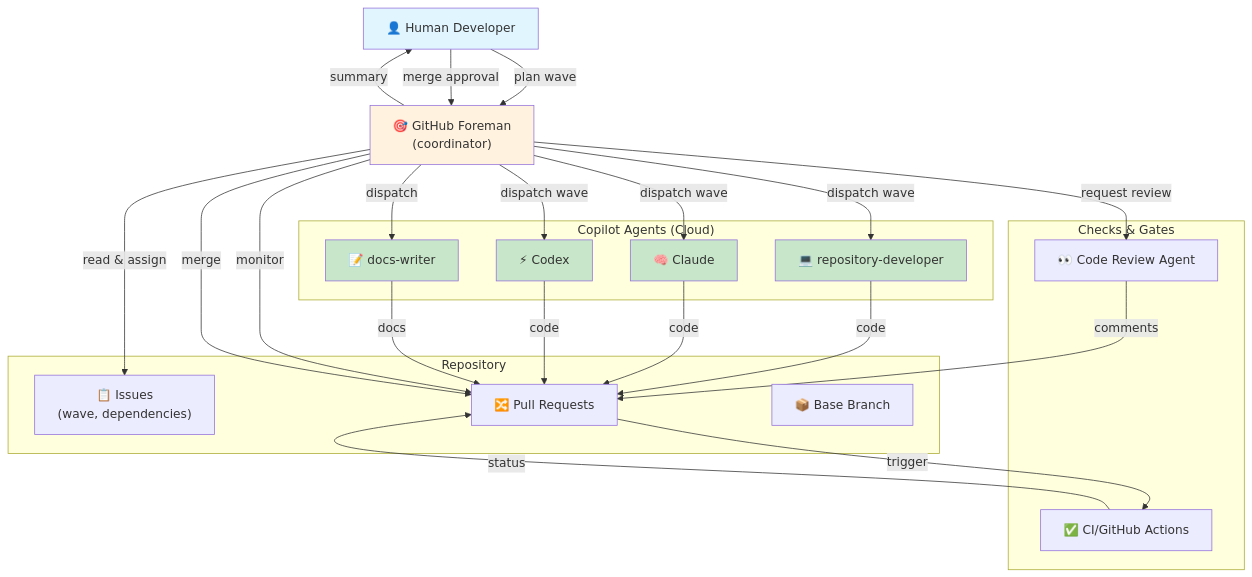
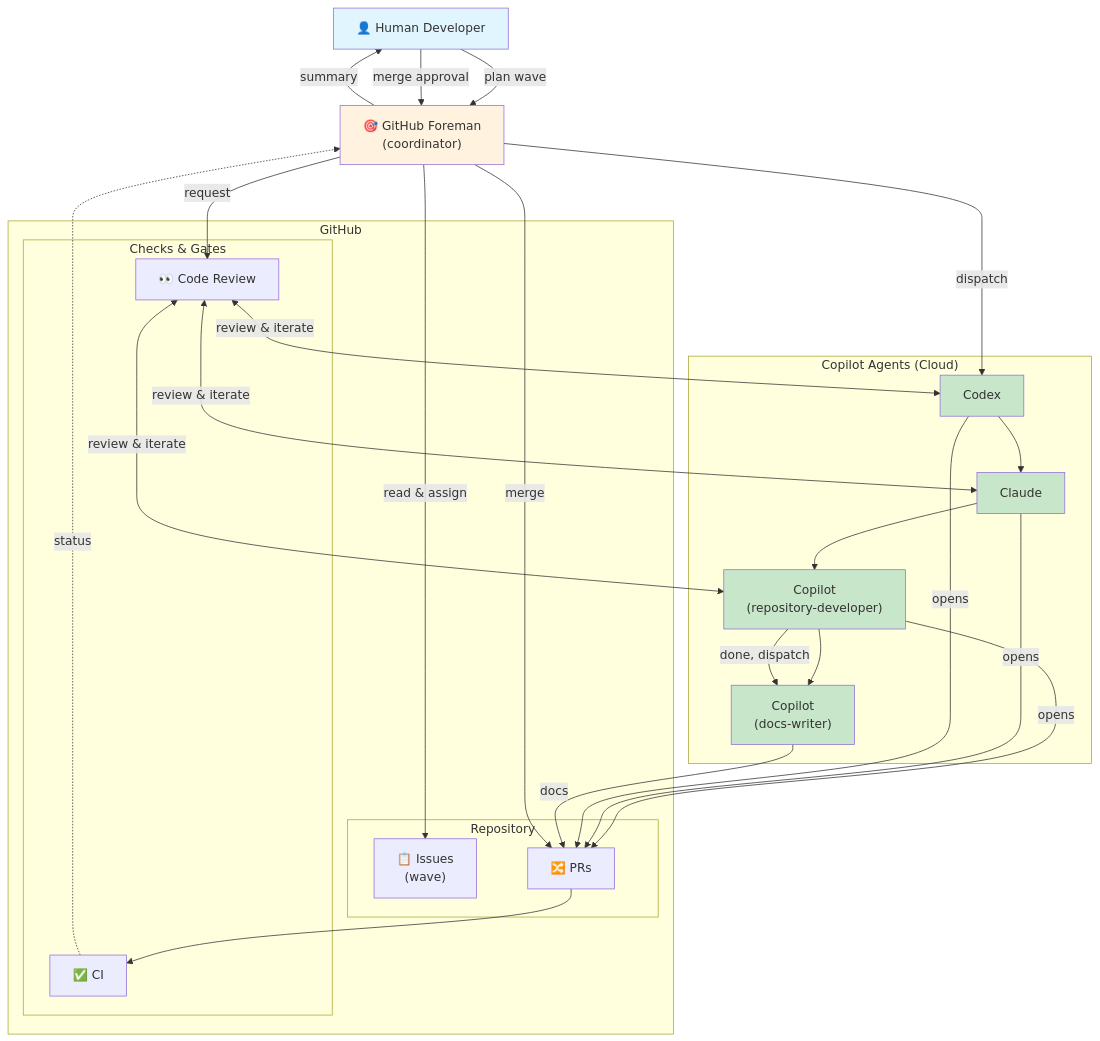
Before and after one commit to ewega/github-foreman: the first of 2 diagrams in README.md, drawn with Mermaid.

Commit message:
Refactor interaction model for clarity
- Single GitHub bubble containing Repository and Checks & Gates
- Cloud agent pipeline: Codex → Claude → Copilot (repository-developer) → Copilot (docs-writer)
- Remove emojis from agent names (keep only for nodes outside agent pool)
- Show bidirectional review/iterate flow between Code Review Agent and all working agents
- Cleaner vertical flow: dispatch → code → review → docs → merge
- Simpler labeling ('opens' vs 'code', 'review & iterate' vs 'comments')

````diff
--- a/README.md
+++ b/README.md
@@ -70,54 +70,54 @@
 ```mermaid
 graph TB
     H["👤 Human Developer"]
     F["🎯 GitHub Foreman<br/>(coordinator)"]
     
-    subgraph repo["Repository"]
-        Issues["📋 Issues<br/>(wave, dependencies)"]
-        PRs["🔀 Pull Requests"]
-        Base["📦 Base Branch"]
+    subgraph agents["Copilot Agents (Cloud)"]
+        Codex["Codex"]
+        Claude["Claude"]
+        RD["Copilot<br/>(repository-developer)"]
+        DW["Copilot<br/>(docs-writer)"]
+        Codex --> Claude --> RD --> DW
     end
     
-    subgraph agents["Copilot Agents (Cloud)"]
-        RD["💻 repository-developer"]
-        Claude["🧠 Claude"]
-        Codex["⚡ Codex"]
-        DW["📝 docs-writer"]
-    end
-    
-    subgraph gates["Checks & Gates"]
-        CodeReview["👀 Code Review Agent"]
-        CI["✅ CI/GitHub Actions"]
+    subgraph github["GitHub"]
+        subgraph repo["Repository"]
+            Issues["📋 Issues<br/>(wave)"]
+            PRs["🔀 PRs"]
+        end
+        
+        subgraph gates["Checks & Gates"]
+            CodeReview["👀 Code Review"]
+            CI["✅ CI"]
+        end
     end
     
     H -->|"plan wave"| F
     F -->|"read & assign"| Issues
-    F -->|"dispatch wave"| RD
-    F -->|"dispatch wave"| Claude
-    F -->|"dispatch wave"| Codex
+    F -->|"dispatch"| Codex
     
-    RD -->|"code"| PRs
-    Claude -->|"code"| PRs
-    Codex -->|"code"| PRs
+    RD -->|"opens"| PRs
+    Claude -->|"opens"| PRs
+    Codex -->|"opens"| PRs
     
-    F -->|"request review"| CodeReview
-    CodeReview -->|"comments"| PRs
+    F -->|"request"| CodeReview
+    CodeReview <-->|"review & iterate"| RD
+    CodeReview <-->|"review & iterate"| Claude
+    CodeReview <-->|"review & iterate"| Codex
     
-    F -->|"dispatch"| DW
+    RD -->|"done, dispatch"| DW
     DW -->|"docs"| PRs
     
-    PRs -->|"trigger"| CI
-    CI -->|"status"| PRs
-    F -->|"monitor"| PRs
-    
+    PRs --> CI
+    CI -.->|"status"| F
     F -->|"summary"| H
     H -->|"merge approval"| F
     F -->|"merge"| PRs
     
     style H fill:#e1f5ff
     style F fill:#fff3e0
+    style Codex fill:#c8e6c9
+    style Claude fill:#c8e6c9
     style RD fill:#c8e6c9
-    style Claude fill:#c8e6c9
-    style Codex fill:#c8e6c9
     style DW fill:#c8e6c9
 ```
````
